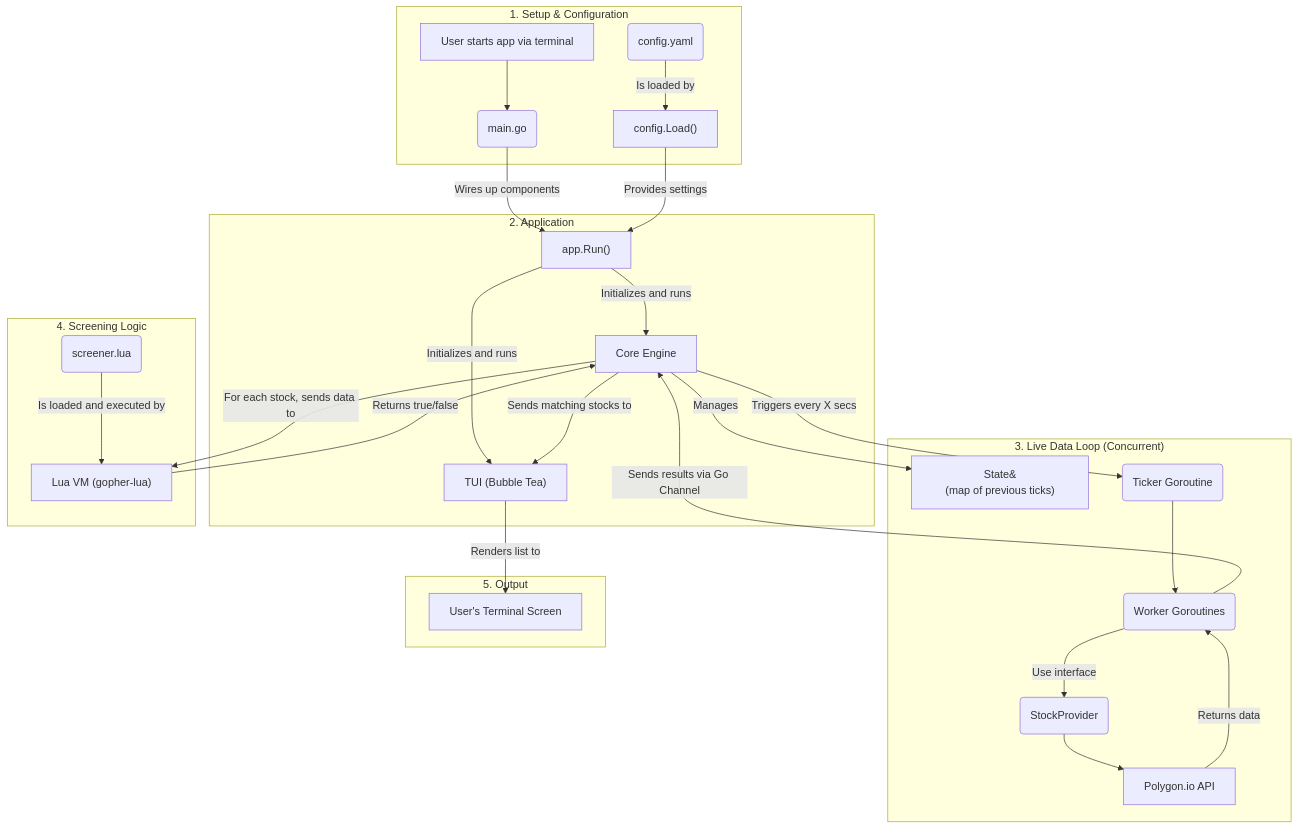
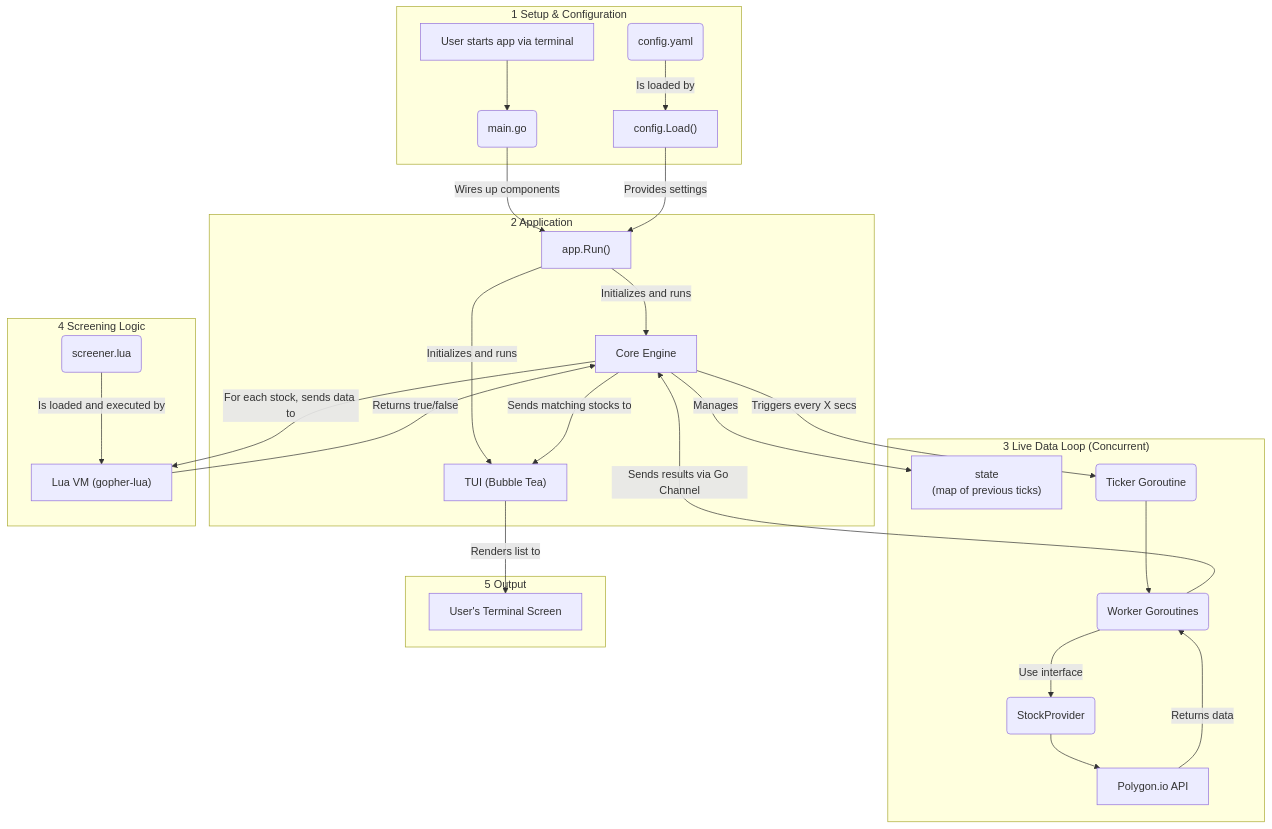
Before and after one commit to binarypath/stocktopus: the diagram in README.md, drawn with Mermaid.

Commit message:
docs(readme): Fix Mermaid diagram rendering
PR Summary / Description
This PR resolves a rendering issue with the Mermaid architecture diagram in the README.md file.

Problem:

The diagram was failing to parse correctly on GitHub. This was caused by the Markdown renderer misinterpreting numbered subgraph titles (e.g., "1. Setup & Configuration") as the start of an ordered list, which broke the Mermaid syntax block.

Solution:

The fix involves removing the period (.) after the number in each subgraph title. This prevents the Markdown parser from treating it as a list item and allows the Mermaid syntax to be correctly processed and rendered as a diagram.

This solution was informed by a similar issue discussed in the Mermaid.js repository.

See also: https://github.com/mermaid-js/mermaid/issues/6099

Also I'm vibe coding the shit out of this so don't use anything in this repo, like... ever.

````diff
--- a/README.md
+++ b/README.md
@@ -35,35 +35,32 @@
 ```mermaid
 graph TD
-    subgraph "1. Setup & Configuration"
-        A["User starts app via terminal"] --> B("main.go");
-        C("config.yaml") -- "Is loaded by" --> D["config.Load()"];
+    subgraph "`1 Setup & Configuration`"
+        A["User starts app via terminal"] --> B("`main.go`")
+        C("config.yaml") -- "Is loaded by" --> D["`config.Load()`"]
     end
-
-    subgraph "2. Application"
-        B -- "Wires up components" --> E["app.Run()"];
+    subgraph "`2 Application`"
+        B -- "Wires up components" --> E["`app.Run()`"];
         D -- "Provides settings" --> E;
         E -- "Initializes and runs" --> F["TUI (Bubble Tea)"];
         E -- "Initializes and runs" --> G["Core Engine"];
     end
-
-    subgraph "3. Live Data Loop (Concurrent)"
-        G -- "Manages" --> H["State&#10;(map of previous ticks)"];
+    subgraph "`3 Live Data Loop (Concurrent)`"
+        G -- "Manages" --> H["`state
+(map of previous ticks)`"];
         G -- "Triggers every X secs" --> I("Ticker Goroutine");
         I --> J("Worker Goroutines");
         J -- "Use interface" --> K("StockProvider");
         K --> L["Polygon.io API"];
         L -- "Returns data" --> J;
         J -- "Sends results via Go Channel" --> G;
     end
-
-    subgraph "4. Screening Logic"
+    subgraph "`4 Screening Logic`"
         G -- "For each stock, sends data to" --> M["Lua VM (gopher-lua)"];
         N("screener.lua") -- "Is loaded and executed by" --> M;
         M -- "Returns true/false" --> G;
     end
-
-    subgraph "5. Output"
+    subgraph "`5 Output`"
         G -- "Sends matching stocks to" --> F;
         F -- "Renders list to" --> O["User's Terminal Screen"];
     end
 ```
````
